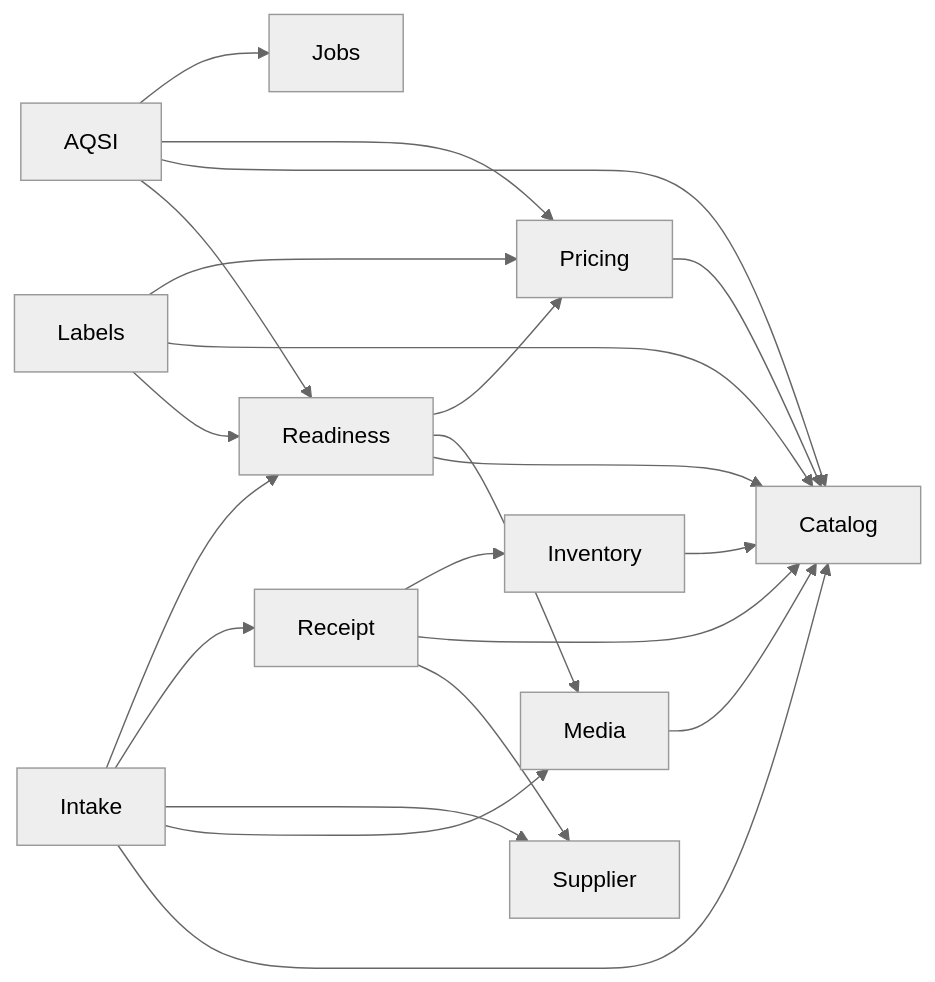
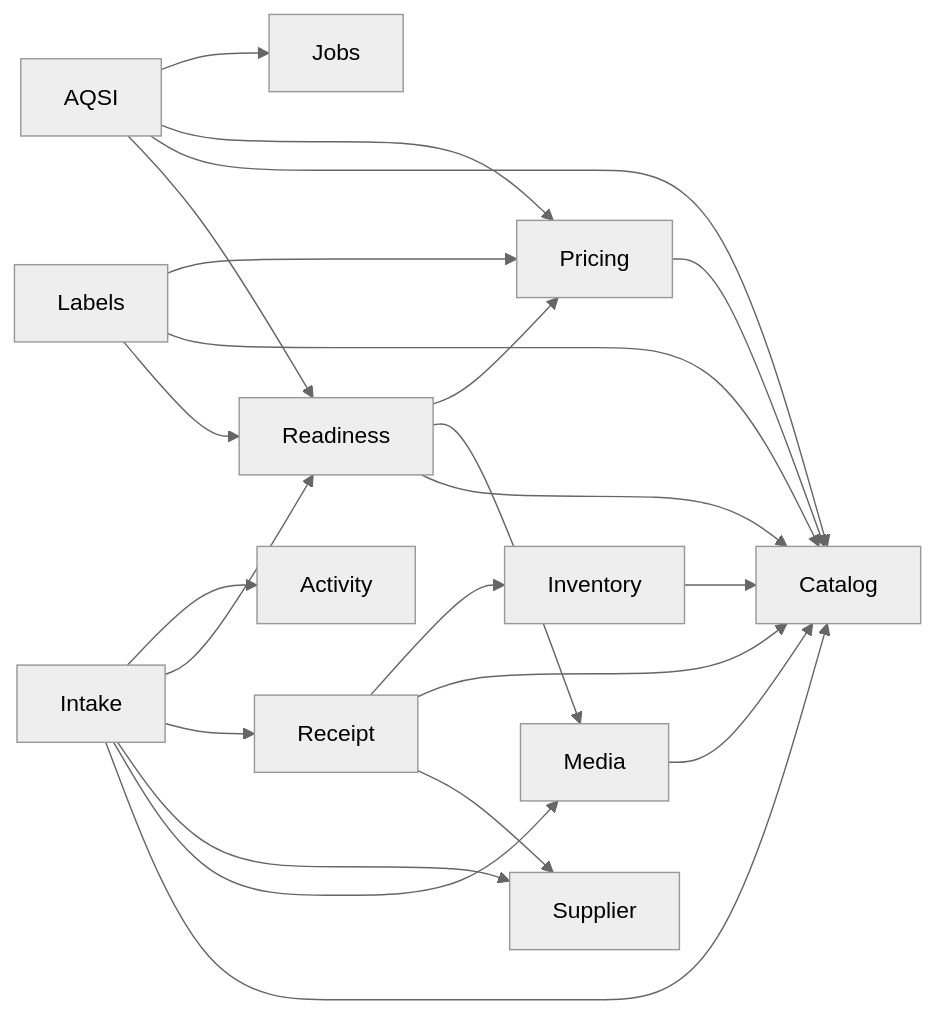
The diagram in docs/architecture_review/01_module_map.md (dimarchenkov/core), drawn with Mermaid (neutral theme) before and after one commit. The commit also changed other lines of this file and 23 other files, not shown here.

Commit message:
Add operational intake activity events

````diff
--- a/docs/architecture_review/01_module_map.md
+++ b/docs/architecture_review/01_module_map.md
@@ -35,24 +36,25 @@
 ```mermaid
 flowchart LR
     Intake --> Catalog
     Intake --> Media
     Intake --> Supplier
     Intake --> Receipt
     Intake --> Readiness
+    Intake --> Activity
     Receipt --> Supplier
     Receipt --> Catalog
     Receipt --> Inventory
     Inventory --> Catalog
     Media --> Catalog
     Pricing --> Catalog
     Readiness --> Catalog
     Readiness --> Media
     Readiness --> Pricing
     Labels --> Readiness
     Labels --> Catalog
     Labels --> Pricing
     AQSI --> Readiness
     AQSI --> Catalog
     AQSI --> Pricing
     AQSI --> Jobs
 ```
````
